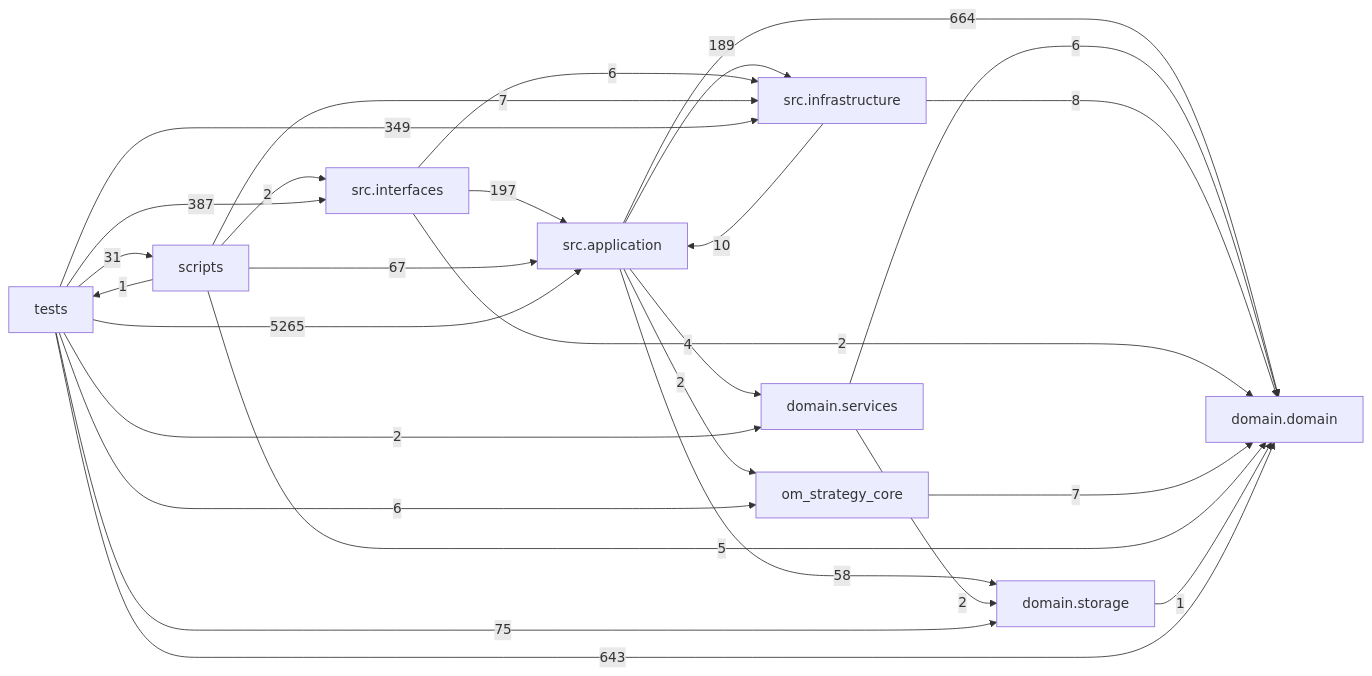
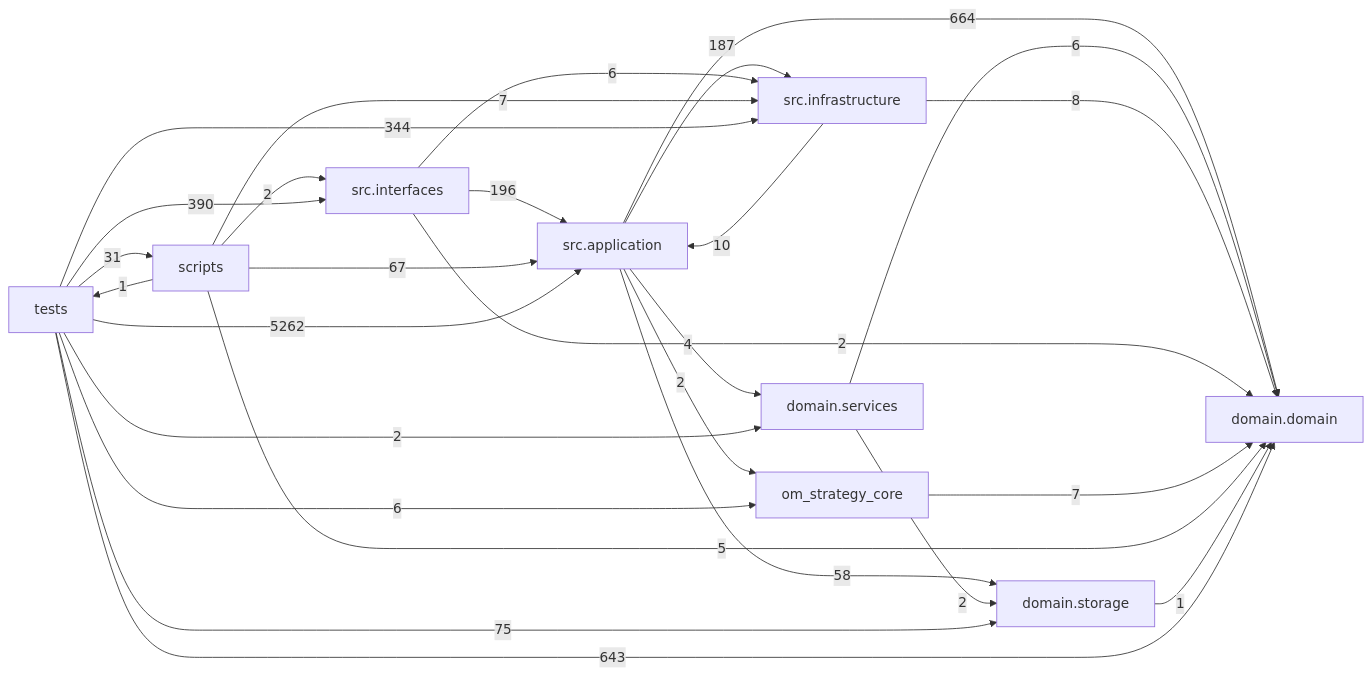
One commit to liuxie066/options-monitor changed the diagram in docs/DEPENDENCY_GRAPH.md. Above: the diagram before and after it, drawn with Mermaid. The commit also changed other lines of this file and 47 other files, not shown here.

````diff
--- a/docs/DEPENDENCY_GRAPH.md
+++ b/docs/DEPENDENCY_GRAPH.md
@@ -24,38 +24,38 @@
 ```mermaid
 flowchart LR
   tests["tests"]
   scripts["scripts"]
   interfaces["src.interfaces"]
   application["src.application"]
   infrastructure["src.infrastructure"]
   domain_services["domain.services"]
   domain["domain.domain"]
   storage["domain.storage"]
   application -->|664| domain
   application -->|4| domain_services
-  application -->|189| infrastructure
+  application -->|187| infrastructure
   application -->|2| om_strategy_core
   application -->|58| storage
   domain_services -->|6| domain
   domain_services -->|2| storage
   infrastructure -->|10| application
   infrastructure -->|8| domain
-  interfaces -->|197| application
+  interfaces -->|196| application
   interfaces -->|2| domain
   interfaces -->|6| infrastructure
   om_strategy_core -->|7| domain
   scripts -->|67| application
   scripts -->|5| domain
   scripts -->|7| infrastructure
   scripts -->|2| interfaces
   scripts -->|1| tests
   storage -->|1| domain
-  tests -->|5265| application
+  tests -->|5262| application
   tests -->|643| domain
   tests -->|2| domain_services
-  tests -->|349| infrastructure
-  tests -->|387| interfaces
+  tests -->|344| infrastructure
+  tests -->|390| interfaces
   tests -->|6| om_strategy_core
   tests -->|31| scripts
   tests -->|75| storage
 ```
````
